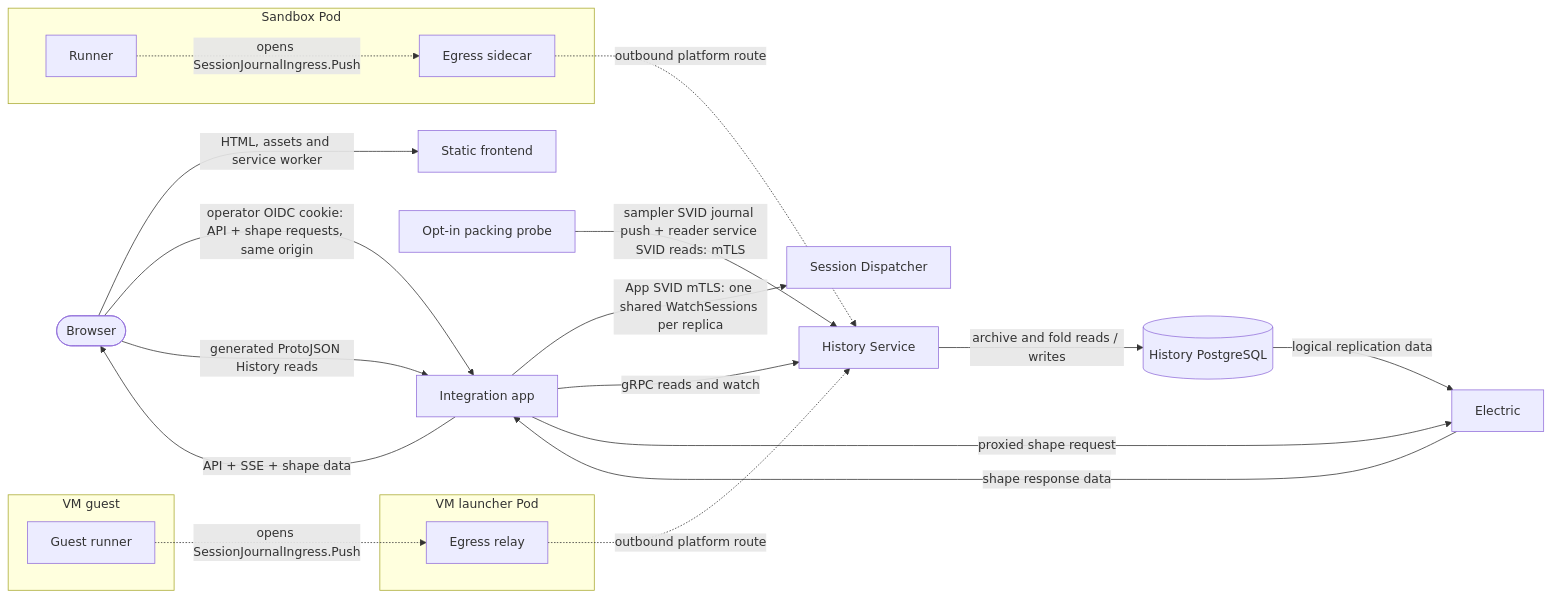
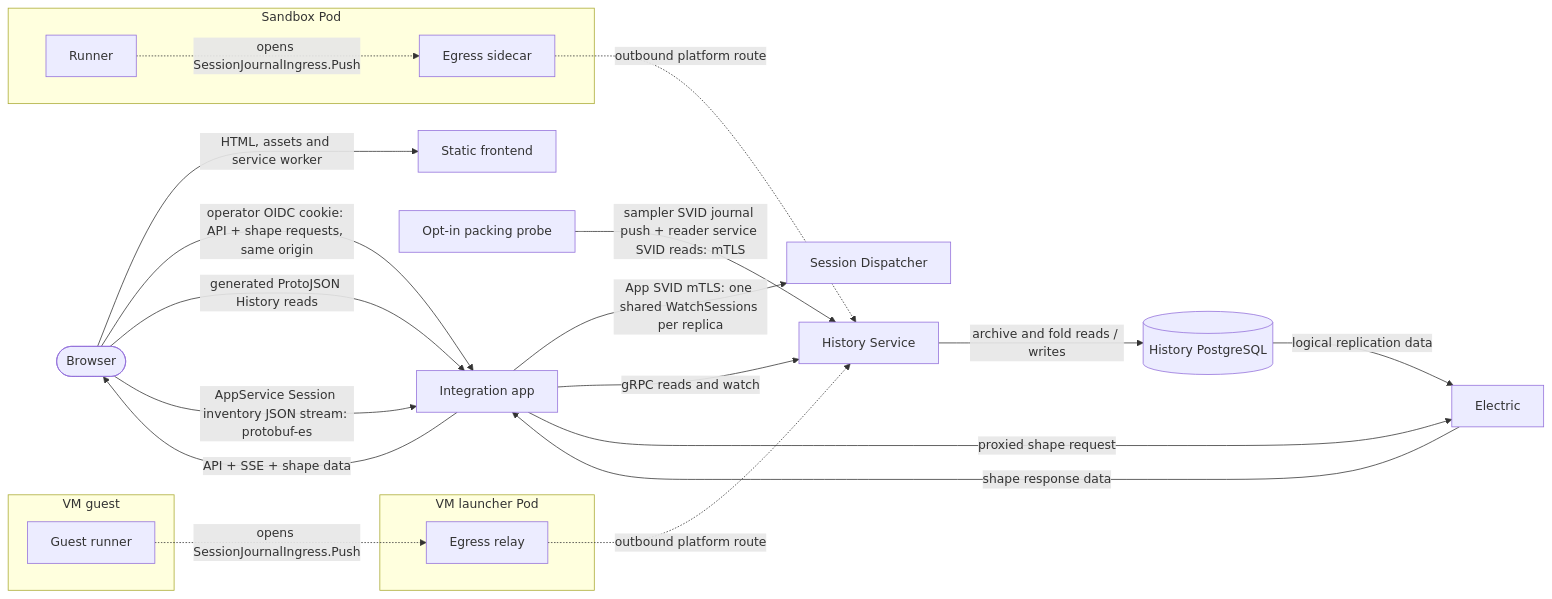
One commit to agentydragon-agent/ducktape changed the tenth of 18 diagrams in agentplane/docs/system_overview.md. Above: the diagram before and after it, drawn with Mermaid. The commit also changed other lines of this file and 20 other files, not shown here.

Commit message:
Use Dispatcher Session inventory for App frontend lists

````diff
--- a/agentplane/docs/system_overview.md
+++ b/agentplane/docs/system_overview.md
@@ -598,37 +598,38 @@
 ```mermaid
 flowchart LR
     browser([Browser])
     frontend[Static frontend]
     app[Integration app]
     history[History Service]
     dispatcher[Session Dispatcher]
     probe[Opt-in packing probe]
     history_db[(History PostgreSQL)]
     electric[Electric]
     subgraph pod[Sandbox Pod]
         runner[Runner]
         sidecar[Egress sidecar]
     end
     subgraph vm_guest[VM guest]
         guest[Guest runner]
     end
     subgraph vm_pod[VM launcher Pod]
         relay[Egress relay]
     end
 
     browser -->|HTML, assets and service worker| frontend
     browser -->|operator OIDC cookie: API + shape requests, same origin| app
     browser -->|generated ProtoJSON History reads| app
+    browser -->|AppService Session inventory JSON stream: protobuf-es| app
     app -->|App SVID mTLS: one shared WatchSessions per replica| dispatcher
     app -->|gRPC reads and watch| history
     app -->|proxied shape request| electric
     electric -->|shape response data| app
     app -->|API + SSE + shape data| browser
     runner -.->|opens SessionJournalIngress.Push| sidecar
     sidecar -.->|outbound platform route| history
     guest -.->|opens SessionJournalIngress.Push| relay
     relay -.->|outbound platform route| history
     probe -->|sampler SVID journal push + reader service SVID reads: mTLS| history
     history -->|archive and fold reads / writes| history_db
     history_db -->|logical replication data| electric
 ```
````
